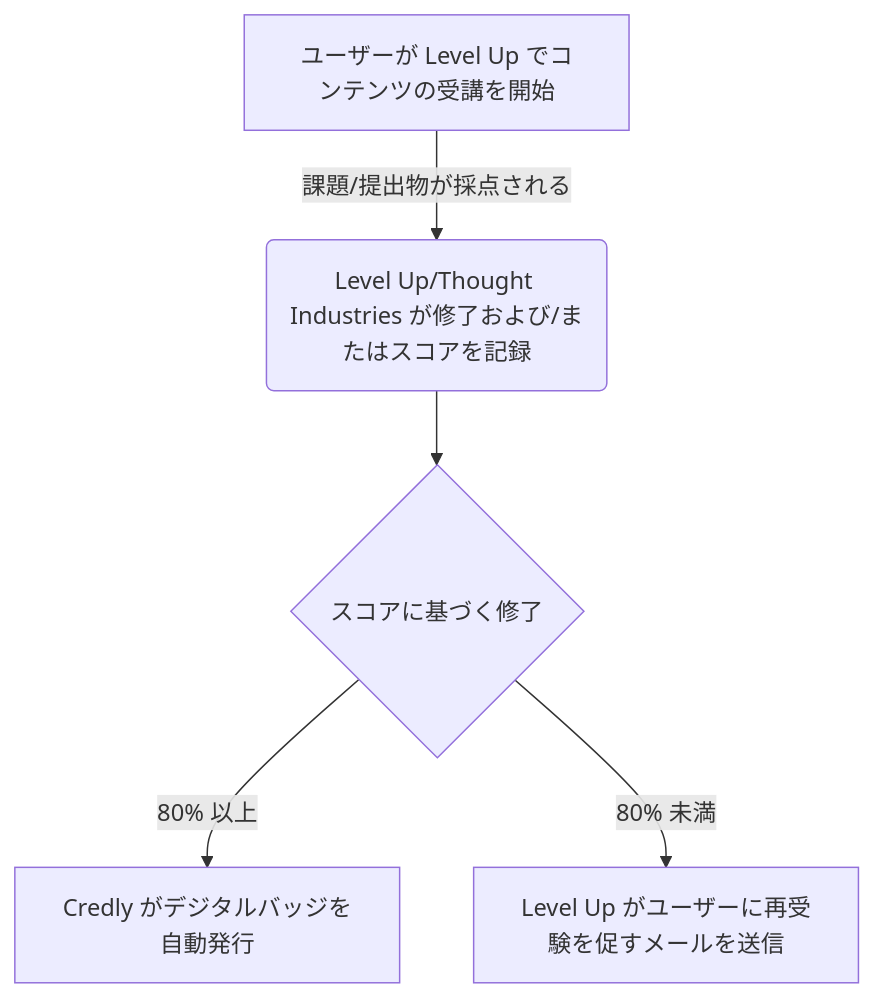
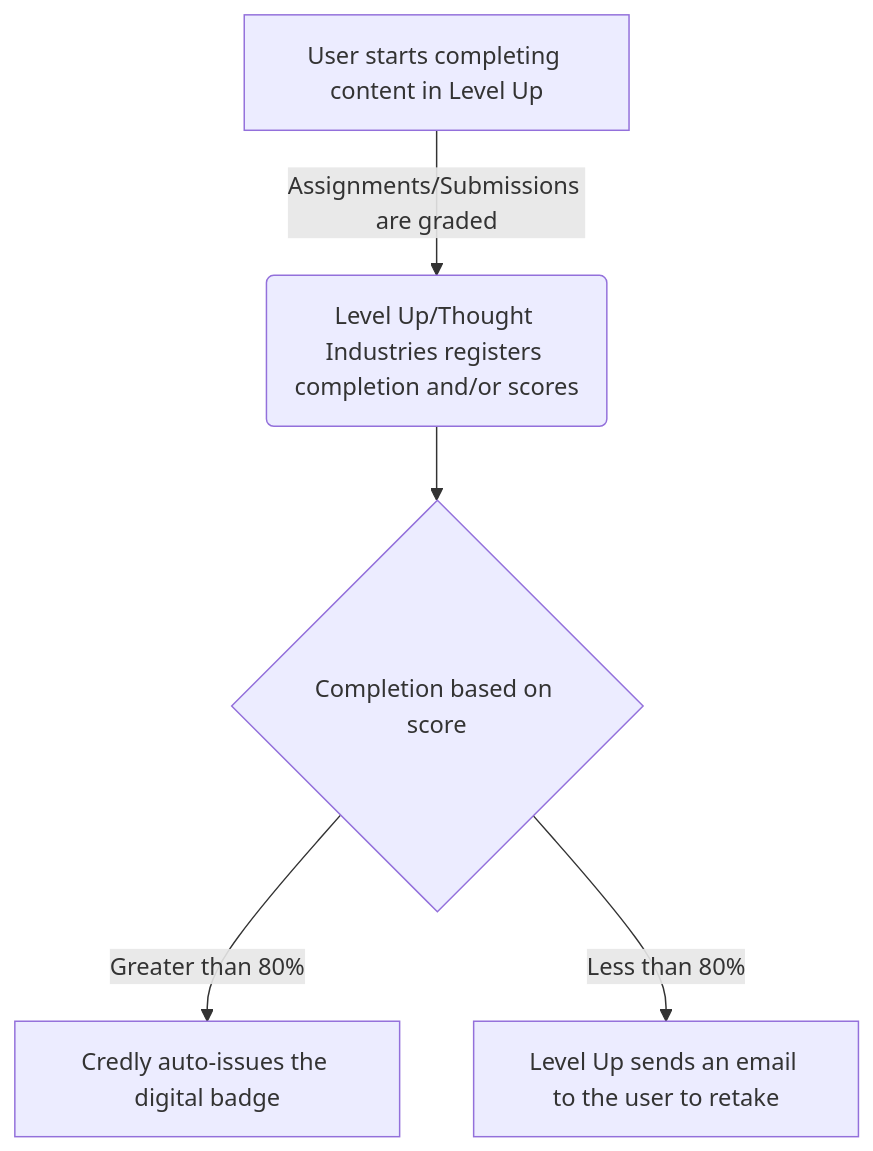
Before and after one commit to kyama0/gitlab-handbook-ja: the first of 2 diagrams in content/handbook/customer-experience/education-services/tech-stack/credly.md, drawn with Mermaid. The commit also changed other lines of this file and 20 other files, not shown here.

````diff
--- a/content/handbook/customer-experience/education-services/tech-stack/credly.md
+++ b/content/handbook/customer-experience/education-services/tech-stack/credly.md
@@ -24,7 +22,7 @@
 ```mermaid
 graph TD
-A[ユーザーが Level Up でコンテンツの受講を開始] -->|課題/提出物が採点される| B(Level Up/Thought Industries が修了および/またはスコアを記録)
-B --> C{スコアに基づく修了}
-C -->|80% 以上| D[Credly がデジタルバッジを自動発行]
-C -->|80% 未満| E[Level Up がユーザーに再受験を促すメールを送信]
+A[User starts completing content in Level Up] -->|Assignments/Submissions are graded| B(Level Up/Thought Industries registers completion and/or scores)
+B --> C{Completion based on score}
+C -->|Greater than 80%| D[Credly auto-issues the digital badge]
+C -->|Less than 80%| E[Level Up sends an email to the user to retake]
 ```
````
